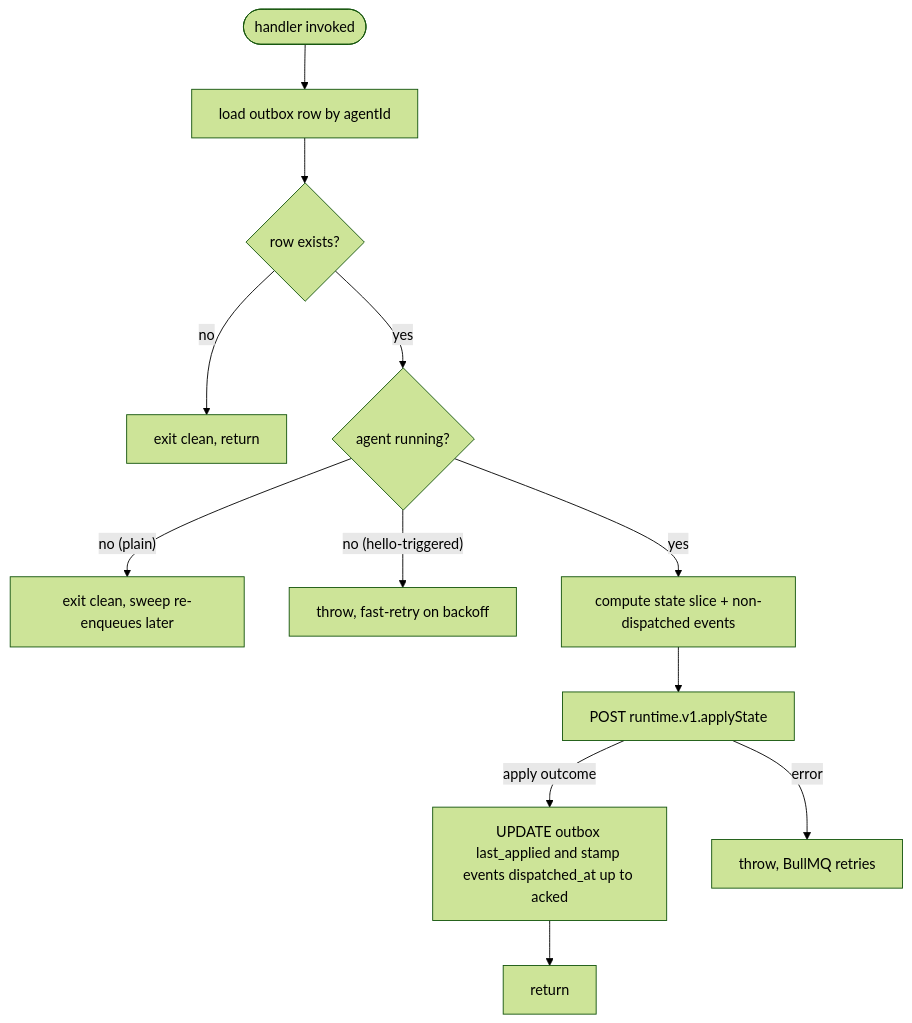
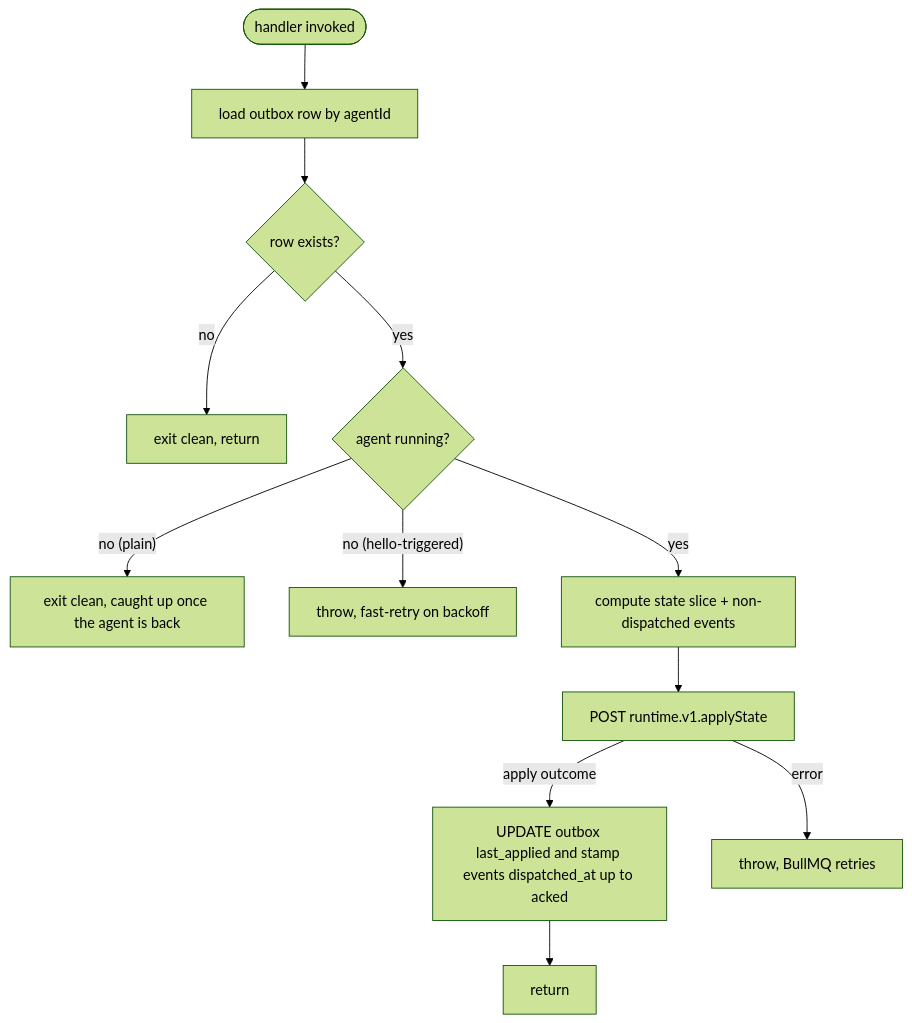
Before and after one commit to dam-agents/dam: the fifth of 5 diagrams in docs/architecture/runtime-delivery.md, drawn with Mermaid (forest theme). The commit also changed other lines of this file and 3 other files, not shown here.

````diff
--- a/docs/architecture/runtime-delivery.md
+++ b/docs/architecture/runtime-delivery.md
@@ -192,24 +192,24 @@
 ```mermaid
 flowchart TD
   handlerStart([handler invoked])
   load[load outbox row by agentId]
   exists{row exists?}
   noop[exit clean, return]
   check{agent running?}
-  defer[exit clean, sweep re-enqueues later]
+  defer[exit clean, caught up once the agent is back]
   retry[throw, fast-retry on backoff]
   compute[compute state slice + non-dispatched events]
   dispatch[POST runtime.v1.applyState]
   stamp["UPDATE outbox last_applied and stamp events dispatched_at up to acked"]
   ok[return]
   fail[throw, BullMQ retries]
 
   handlerStart --> load --> exists
   exists -->|no| noop
   exists -->|yes| check
   check -->|"no (plain)"| defer
   check -->|"no (hello-triggered)"| retry
   check -->|yes| compute --> dispatch
   dispatch -->|apply outcome| stamp --> ok
   dispatch -->|error| fail
 ```
````
